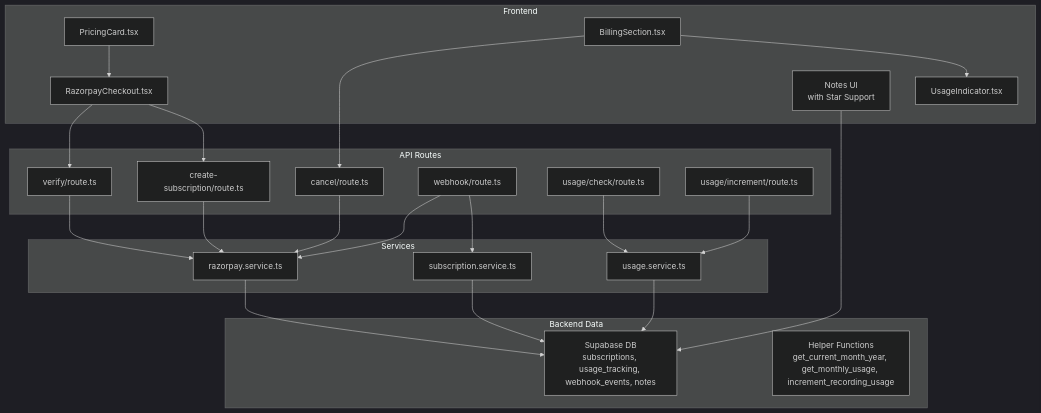
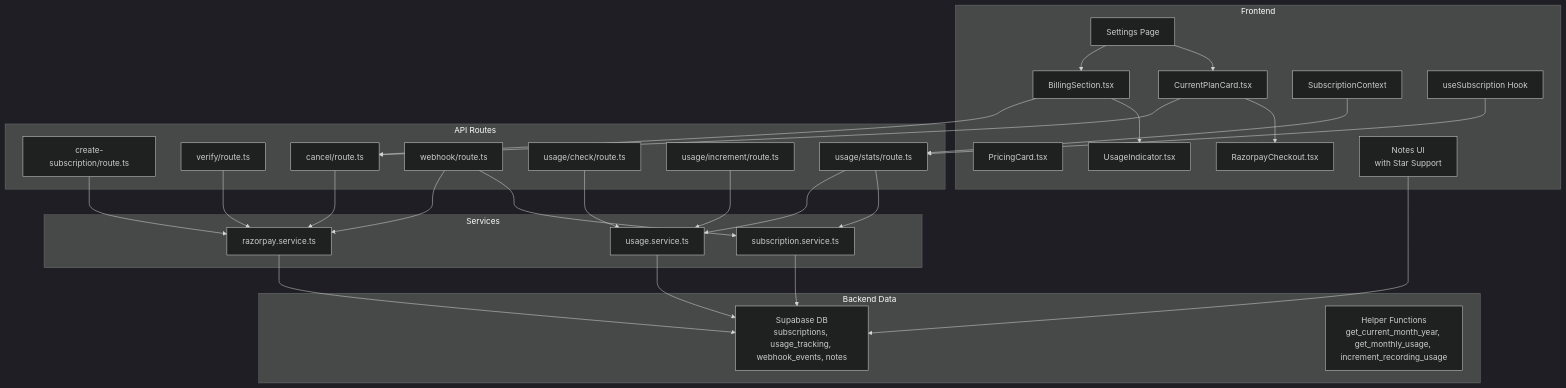
The first of 14 diagrams in .qoder/repowiki/en/content/Subscription & Payment System.md (navgurukul/oscar), drawn with Mermaid (dark theme) before and after one commit. The commit also changed other lines of this file and 9 other files, not shown here.

Commit message:
feat(settings): add multi-section settings architecture with lazy-loaded components

````diff
--- a/.qoder/repowiki/en/content/Subscription & Payment System.md
+++ b/.qoder/repowiki/en/content/Subscription & Payment System.md
@@ -61,43 +72,53 @@
 ```mermaid
 graph TB
 subgraph "Frontend"
 PC["PricingCard.tsx"]
 RC["RazorpayCheckout.tsx"]
 UI["UsageIndicator.tsx"]
 BS["BillingSection.tsx"]
+CPC["CurrentPlanCard.tsx"]
+SP["Settings Page"]
+SC["SubscriptionContext"]
+US["useSubscription Hook"]
 NS["Notes UI<br/>with Star Support"]
 end
 subgraph "API Routes"
 CS["create-subscription/route.ts"]
 VER["verify/route.ts"]
 CAN["cancel/route.ts"]
 WH["webhook/route.ts"]
 UC["usage/check/route.ts"]
 UIP["usage/increment/route.ts"]
+STATS["usage/stats/route.ts"]
 end
 subgraph "Services"
 RS["razorpay.service.ts"]
 SS["subscription.service.ts"]
-US["usage.service.ts"]
+USvc["usage.service.ts"]
 end
 subgraph "Backend Data"
 DB["Supabase DB<br/>subscriptions, usage_tracking, webhook_events, notes"]
 FN["Helper Functions<br/>get_current_month_year, get_monthly_usage, increment_recording_usage"]
 end
-PC --> RC
-RC --> CS
-RC --> VER
+SP --> CPC
+SP --> BS
 BS --> UI
 BS --> CAN
+CPC --> RC
+CPC --> CAN
+SC --> STATS
+US --> STATS
 CS --> RS
 VER --> RS
 CAN --> RS
 WH --> SS
 WH --> RS
-UC --> US
-UIP --> US
-US --> DB
+UC --> USvc
+UIP --> USvc
+STATS --> SS
+STATS --> USvc
+USvc --> DB
 NS --> DB
 SS --> DB
 RS --> DB
 ```
````
